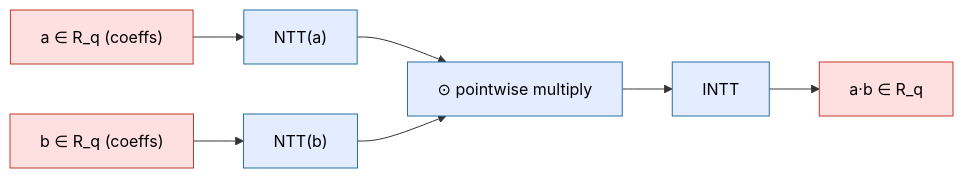
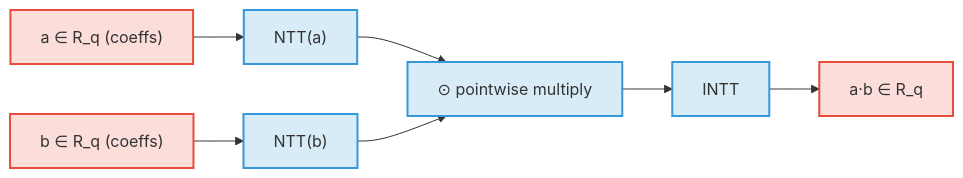
Before and after one commit to pq-cybarg/ml-adsa-site: the second of 17 diagrams in docs/reference/41-visual-methods-and-security.md, drawn with Mermaid. The commit also changed other lines of this file, not shown here.

First line of the commit message:
docs(41): theme-adaptive Mermaid colors + 2x2 legend grid

````diff
--- a/docs/reference/41-visual-methods-and-security.md
+++ b/docs/reference/41-visual-methods-and-security.md
@@ -49,15 +54,15 @@
 ```mermaid
 flowchart LR
   a["a ∈ R_q (coeffs)"]:::secret
   b["b ∈ R_q (coeffs)"]:::secret
   na["NTT(a)"]:::derived
   nb["NTT(b)"]:::derived
   pw["⊙ pointwise multiply"]:::derived
   inv["INTT"]:::derived
   out["a·b ∈ R_q"]:::secret
   a --> na --> pw
   b --> nb --> pw
   pw --> inv --> out
-  classDef secret fill:#ffe0e0,stroke:#c0392b,color:#000;
-  classDef derived fill:#e3edff,stroke:#2471a3,color:#000;
+  classDef secret fill:#e74c3c30,stroke:#e74c3c,stroke-width:2px;
+  classDef derived fill:#3498db30,stroke:#3498db,stroke-width:2px;
 ```
````
